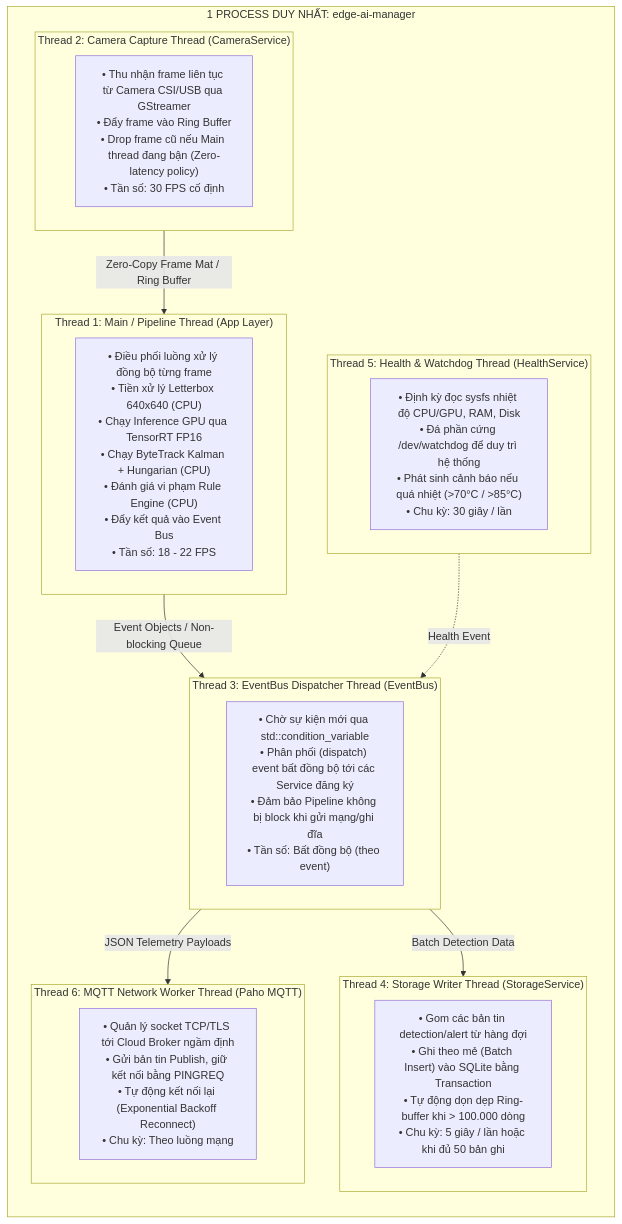
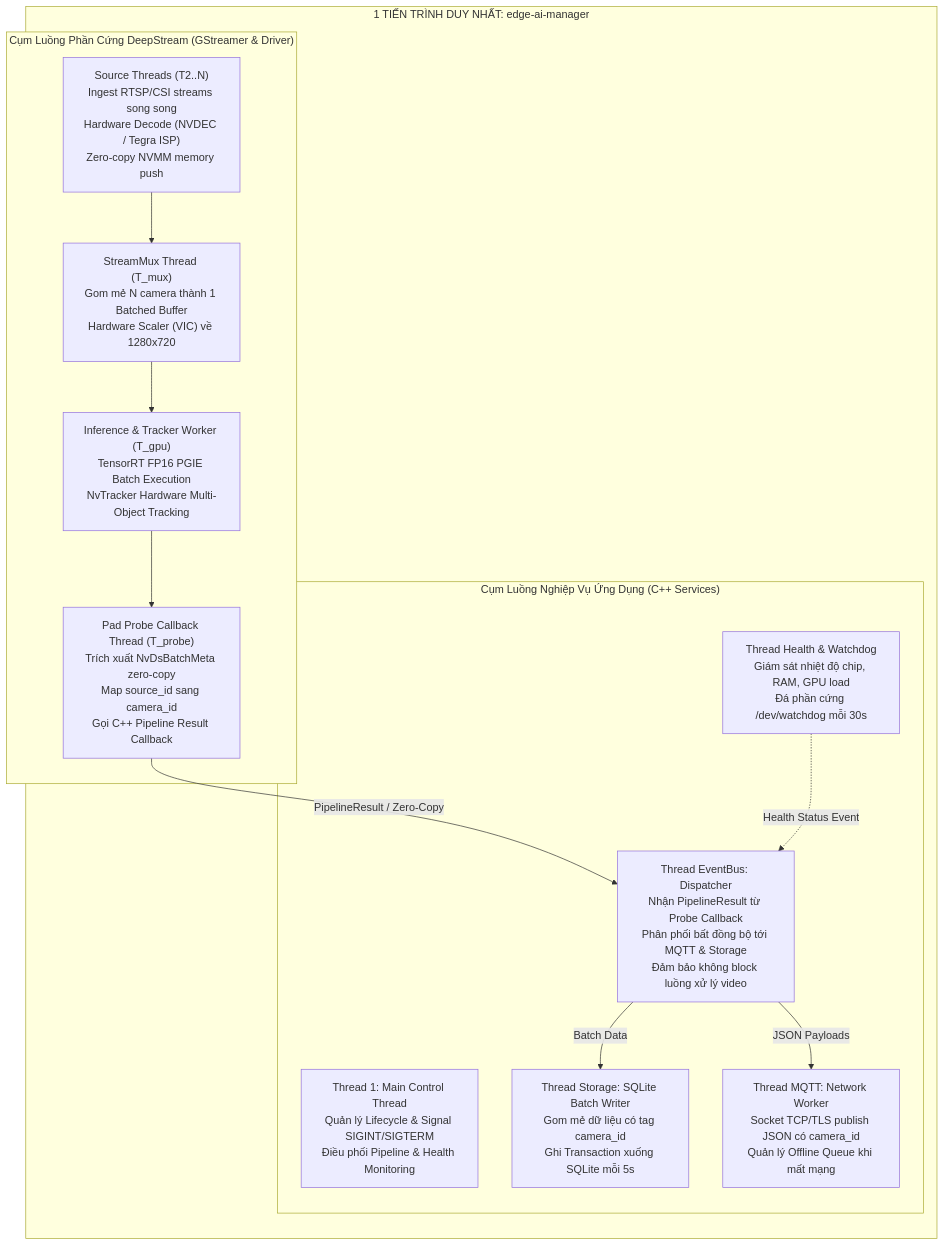
Before and after one commit to TranXuanTinh/MultiCamera: the diagram in docs/design/threading_model.md, drawn with Mermaid. The commit also changed other lines of this file and 39 other files, not shown here.

Commit message:
Init Multi Camera Project

````diff
--- a/docs/design/threading_model.md
+++ b/docs/design/threading_model.md
@@ -12,36 +12,28 @@
 ```mermaid
 flowchart TD
-    subgraph PROCESS["1 PROCESS DUY NHẤT: edge-ai-manager"]
+    subgraph PROCESS["1 TIẾN TRÌNH DUY NHẤT: edge-ai-manager"]
         direction TB
 
-        subgraph T1["Thread 1: Main / Pipeline Thread (App Layer)"]
-            T1_DESC["• Điều phối luồng xử lý đồng bộ từng frame\n• Tiền xử lý Letterbox 640x640 (CPU)\n• Chạy Inference GPU qua TensorRT FP16\n• Chạy ByteTrack Kalman + Hungarian (CPU)\n• Đánh giá vi phạm Rule Engine (CPU)\n• Đẩy kết quả vào Event Bus\n• Tần số: 18 - 22 FPS"]
+        subgraph PIPELINE_THREADS["Cụm Luồng Phần Cứng DeepStream (GStreamer & Driver)"]
+            T_SRC["Source Threads (T2..N)<br/>Ingest RTSP/CSI streams song song<br/>Hardware Decode (NVDEC / Tegra ISP)<br/>Zero-copy NVMM memory push"]
+            T_MUX["StreamMux Thread (T_mux)<br/>Gom mẻ N camera thành 1 Batched Buffer<br/>Hardware Scaler (VIC) về 1280x720"]
+            T_GPU["Inference & Tracker Worker (T_gpu)<br/>TensorRT FP16 PGIE Batch Execution<br/>NvTracker Hardware Multi-Object Tracking"]
+            T_PROBE["Pad Probe Callback Thread (T_probe)<br/>Trích xuất NvDsBatchMeta zero-copy<br/>Map source_id sang camera_id<br/>Gọi C++ Pipeline Result Callback"]
+
+            T_SRC --> T_MUX --> T_GPU --> T_PROBE
         end
 
-        subgraph T2["Thread 2: Camera Capture Thread (CameraService)"]
-            T2_DESC["• Thu nhận frame liên tục từ Camera CSI/USB qua GStreamer\n• Đẩy frame vào Ring Buffer\n• Drop frame cũ nếu Main thread đang bận (Zero-latency policy)\n• Tần số: 30 FPS cố định"]
+        subgraph APP_THREADS["Cụm Luồng Nghiệp Vụ Ứng Dụng (C++ Services)"]
+            T_MAIN["Thread 1: Main Control Thread<br/>Quản lý Lifecycle & Signal SIGINT/SIGTERM<br/>Điều phối Pipeline & Health Monitoring"]
+            T_EBUS["Thread EventBus: Dispatcher<br/>Nhận PipelineResult từ Probe Callback<br/>Phân phối bất đồng bộ tới MQTT & Storage<br/>Đảm bảo không block luồng xử lý video"]
+            T_SQL["Thread Storage: SQLite Batch Writer<br/>Gom mẻ dữ liệu có tag camera_id<br/>Ghi Transaction xuống SQLite mỗi 5s"]
+            T_MQTT["Thread MQTT: Network Worker<br/>Socket TCP/TLS publish JSON có camera_id<br/>Quản lý Offline Queue khi mất mạng"]
+            T_HLT["Thread Health & Watchdog<br/>Giám sát nhiệt độ chip, RAM, GPU load<br/>Đá phần cứng /dev/watchdog mỗi 30s"]
         end
 
-        subgraph T3["Thread 3: EventBus Dispatcher Thread (EventBus)"]
-            T3_DESC["• Chờ sự kiện mới qua std::condition_variable\n• Phân phối (dispatch) event bất đồng bộ tới các Service đăng ký\n• Đảm bảo Pipeline không bị block khi gửi mạng/ghi đĩa\n• Tần số: Bất đồng bộ (theo event)"]
-        end
-
-        subgraph T4["Thread 4: Storage Writer Thread (StorageService)"]
-            T4_DESC["• Gom các bản tin detection/alert từ hàng đợi\n• Ghi theo mẻ (Batch Insert) vào SQLite bằng Transaction\n• Tự động dọn dẹp Ring-buffer khi > 100.000 dòng\n• Chu kỳ: 5 giây / lần hoặc khi đủ 50 bản ghi"]
-        end
-
-        subgraph T5["Thread 5: Health & Watchdog Thread (HealthService)"]
-            T5_DESC["• Định kỳ đọc sysfs nhiệt độ CPU/GPU, RAM, Disk\n• Đá phần cứng /dev/watchdog để duy trì hệ thống\n• Phát sinh cảnh báo nếu quá nhiệt (>70°C / >85°C)\n• Chu kỳ: 30 giây / lần"]
-        end
-
-        subgraph T6["Thread 6: MQTT Network Worker Thread (Paho MQTT)"]
-            T6_DESC["• Quản lý socket TCP/TLS tới Cloud Broker ngầm định\n• Gửi bản tin Publish, giữ kết nối bằng PINGREQ\n• Tự động kết nối lại (Exponential Backoff Reconnect)\n• Chu kỳ: Theo luồng mạng"]
-        end
-
-        T2 -->|Zero-Copy Frame Mat / Ring Buffer| T1
-        T1 -->|Event Objects / Non-blocking Queue| T3
-        T3 -->|Batch Detection Data| T4
-        T3 -->|JSON Telemetry Payloads| T6
-        T5 -.->|Health Event| T3
+        T_PROBE -->|"PipelineResult / Zero-Copy"| T_EBUS
+        T_EBUS -->|"Batch Data"| T_SQL
+        T_EBUS -->|"JSON Payloads"| T_MQTT
+        T_HLT -.->|"Health Status Event"| T_EBUS
     end
 ```
````
